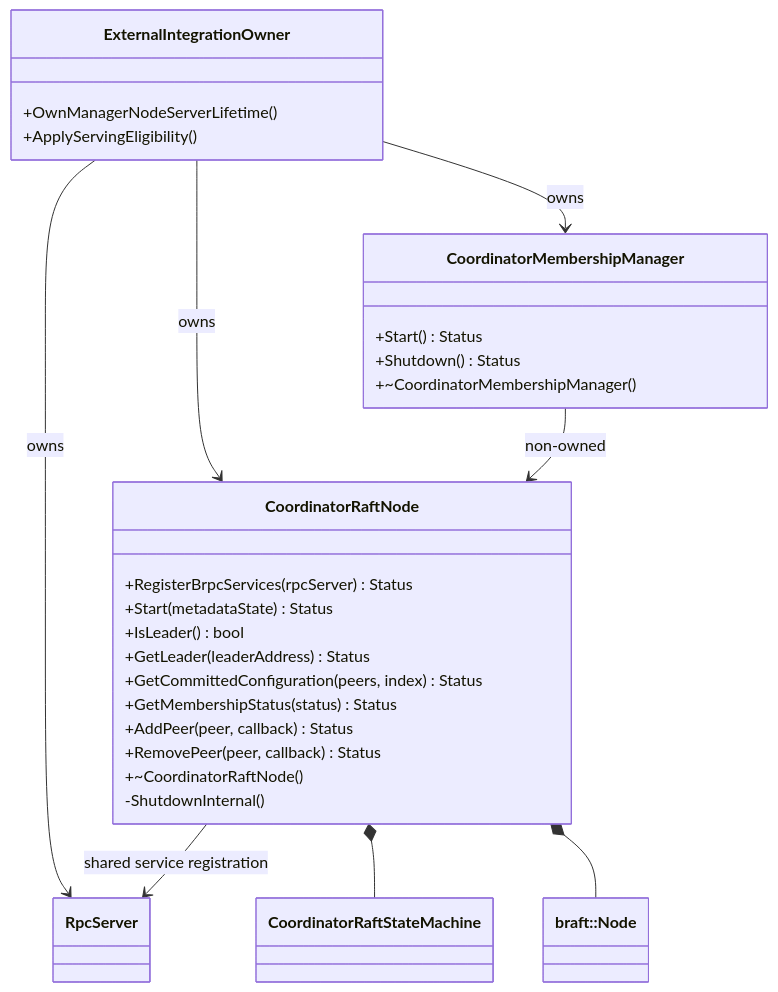
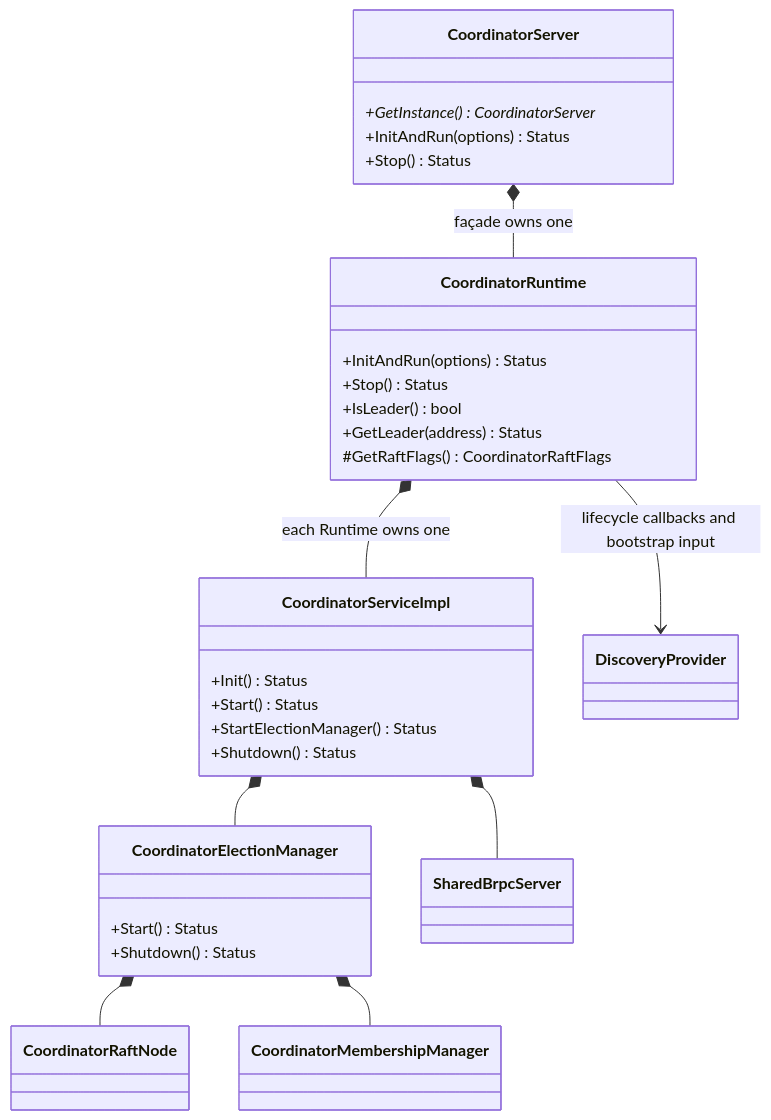
Before and after one commit to openeuler-mirror/yuanrong-datasystem: the first of 3 diagrams in .repo_context/modules/runtime/coordinator-election/design.md, drawn with Mermaid. The commit also changed other lines of this file and 53 other files, not shown here.

Commit message:
feat(coordinator): support raft election

````diff
--- a/.repo_context/modules/runtime/coordinator-election/design.md
+++ b/.repo_context/modules/runtime/coordinator-election/design.md
@@ -47,38 +21,37 @@
 ```mermaid
 classDiagram
-    class ExternalIntegrationOwner {
-        +OwnManagerNodeServerLifetime()
-        +ApplyServingEligibility()
+    class CoordinatorServer {
+        +GetInstance() CoordinatorServer*
+        +InitAndRun(options) Status
+        +Stop() Status
     }
-
-    class CoordinatorMembershipManager {
+    class CoordinatorRuntime {
+        +InitAndRun(options) Status
+        +Stop() Status
+        +IsLeader() bool
+        +GetLeader(address) Status
+        #GetRaftFlags() CoordinatorRaftFlags
+    }
+    class CoordinatorServiceImpl {
+        +Init() Status
+        +Start() Status
+        +StartElectionManager() Status
+        +Shutdown() Status
+    }
+    class CoordinatorElectionManager {
         +Start() Status
         +Shutdown() Status
-        +~CoordinatorMembershipManager()
     }
+    class CoordinatorRaftNode
+    class CoordinatorMembershipManager
+    class SharedBrpcServer
+    class DiscoveryProvider
 
-    class CoordinatorRaftNode {
-        +RegisterBrpcServices(rpcServer) Status
-        +Start(metadataState) Status
-        +IsLeader() bool
-        +GetLeader(leaderAddress) Status
-        +GetCommittedConfiguration(peers, index) Status
-        +GetMembershipStatus(status) Status
-        +AddPeer(peer, callback) Status
-        +RemovePeer(peer, callback) Status
-        +~CoordinatorRaftNode()
-        -ShutdownInternal()
-    }
-
-    class CoordinatorRaftStateMachine
-    class RpcServer
-    class braftNode["braft::Node"]
-
-    ExternalIntegrationOwner --> CoordinatorMembershipManager : owns
-    ExternalIntegrationOwner --> CoordinatorRaftNode : owns
-    ExternalIntegrationOwner --> RpcServer : owns
-    CoordinatorMembershipManager --> CoordinatorRaftNode : non-owned
-    CoordinatorRaftNode --> RpcServer : shared service registration
-    CoordinatorRaftNode *-- CoordinatorRaftStateMachine
-    CoordinatorRaftNode *-- braftNode
+    CoordinatorServer *-- CoordinatorRuntime : façade owns one
+    CoordinatorRuntime *-- CoordinatorServiceImpl : each Runtime owns one
+    CoordinatorRuntime --> DiscoveryProvider : lifecycle callbacks and bootstrap input
+    CoordinatorServiceImpl *-- SharedBrpcServer
+    CoordinatorServiceImpl *-- CoordinatorElectionManager
+    CoordinatorElectionManager *-- CoordinatorRaftNode
+    CoordinatorElectionManager *-- CoordinatorMembershipManager
 ```
````
